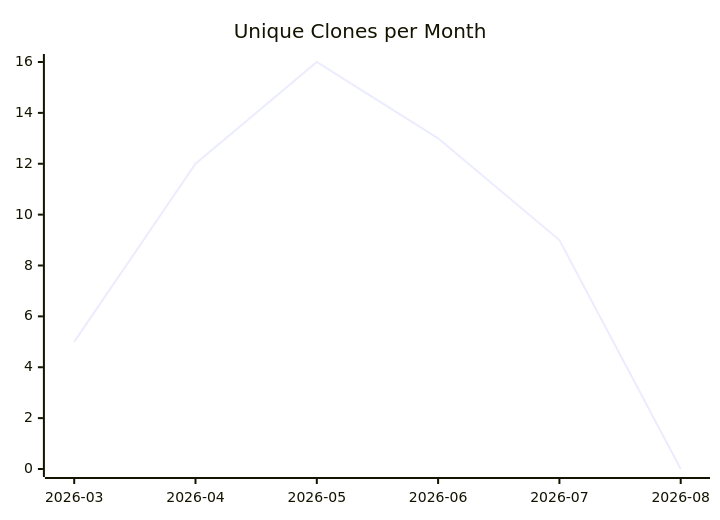
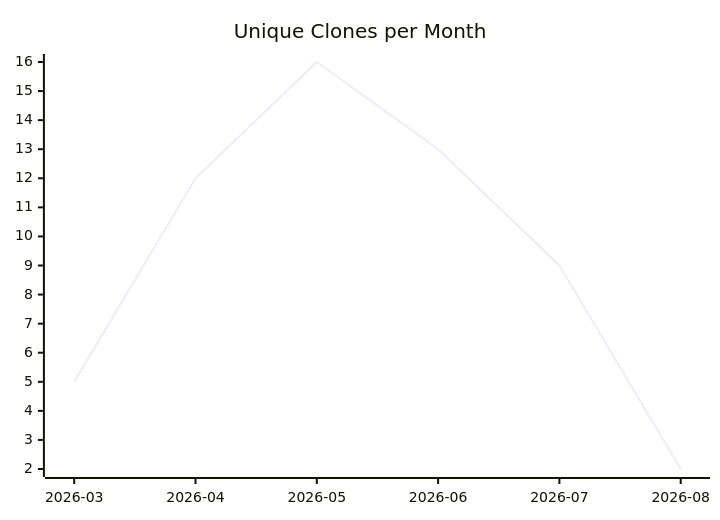
Before and after one commit to justdavis-family/github-analytics-data: the third of 3 diagrams in karlmdavis/justdavis-karl/README.md, drawn with Mermaid. The commit also changed other lines of this file and 164 other files, not shown here.

````diff
--- a/karlmdavis/justdavis-karl/README.md
+++ b/karlmdavis/justdavis-karl/README.md
@@ -19,6 +19,6 @@
 ```mermaid
 xychart-beta
   title "Unique Clones per Month"
   x-axis ["2026-03", "2026-04", "2026-05", "2026-06", "2026-07", "2026-08"]
-  line [5, 12, 16, 13, 9, 0]
+  line [5, 12, 16, 13, 9, 2]
 ```
````
